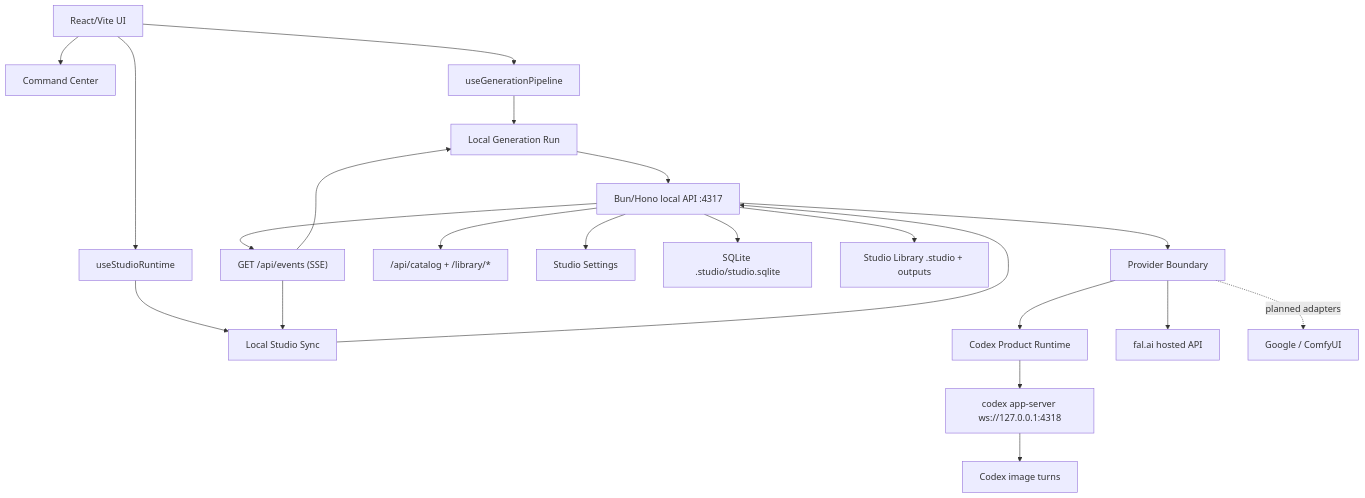
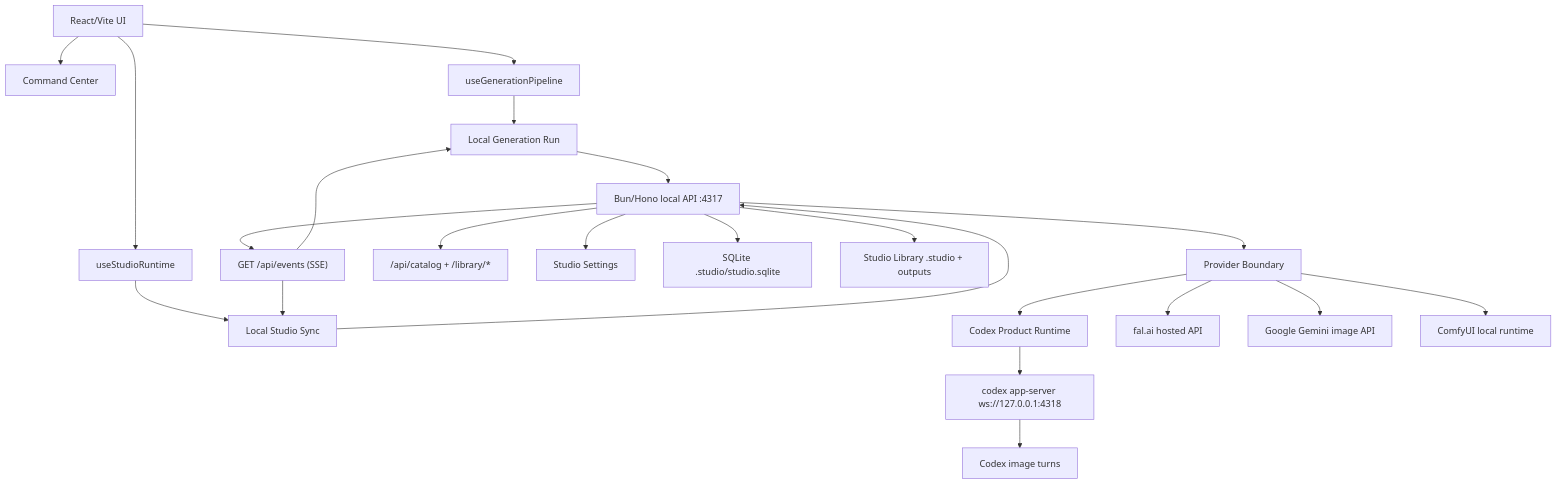
Before and after one commit to gvastethecreator/codex-studio: the diagram in docs/ARCHITECTURE.md, drawn with Mermaid. The commit also changed other lines of this file and 82 other files, not shown here.

````diff
--- a/docs/ARCHITECTURE.md
+++ b/docs/ARCHITECTURE.md
@@ -7,23 +7,24 @@
 ```mermaid
 graph TD
     UI["React/Vite UI"] --> COMMAND["Command Center"]
     UI --> PIPE["useGenerationPipeline"]
     UI --> RUNTIME["useStudioRuntime"]
     PIPE --> RUN["Local Generation Run"]
     RUNTIME --> SYNC["Local Studio Sync"]
     RUN --> API["Bun/Hono local API :4317"]
     SYNC --> API
     API --> EVENTS["GET /api/events (SSE)"]
     EVENTS --> RUN
     EVENTS --> SYNC
     API --> CATALOG["/api/catalog + /library/*"]
     API --> SETTINGS["Studio Settings"]
     API --> DB["SQLite .studio/studio.sqlite"]
     API --> LIB["Studio Library .studio + outputs"]
     API --> PROVIDERS["Provider Boundary"]
     PROVIDERS --> CODEX["Codex Product Runtime"]
     CODEX --> CX["codex app-server ws://127.0.0.1:4318"]
     CX --> TURN["Codex image turns"]
     PROVIDERS --> FAL["fal.ai hosted API"]
-    PROVIDERS -. "planned adapters" .-> EXT["Google / ComfyUI"]
+    PROVIDERS --> GOOGLE["Google Gemini image API"]
+    PROVIDERS --> COMFY["ComfyUI local runtime"]
 ```
````
